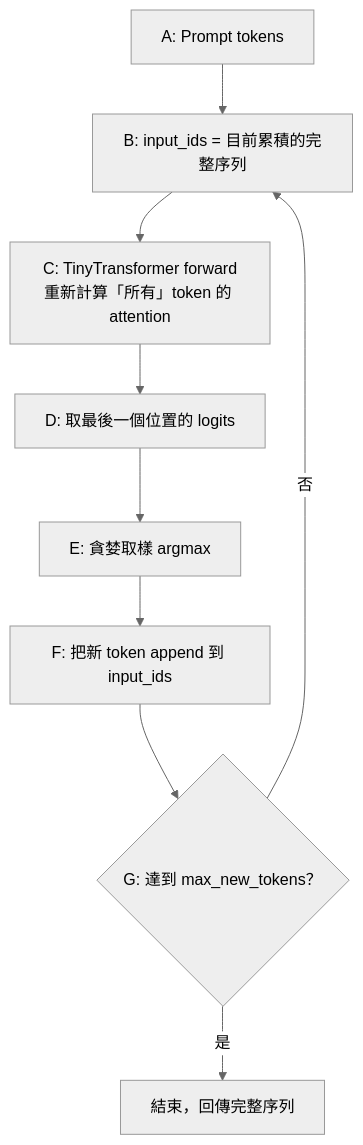
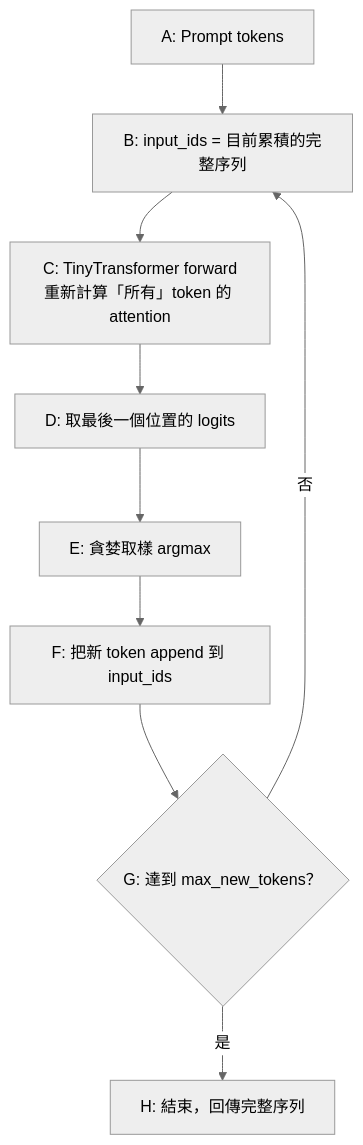
Before and after one commit to mangreen/mini-vllm: the second of 2 diagrams in docs/stage0-baseline.md, drawn with Mermaid (neutral theme). The commit also changed 9 other files, not shown here.

````diff
--- a/docs/stage0-baseline.md
+++ b/docs/stage0-baseline.md
@@ -51,11 +51,11 @@
 ```mermaid
 flowchart TD
     A["A: Prompt tokens"] --> B["B: input_ids = 目前累積的完整序列"]
     B --> C["C: TinyTransformer forward<br/>重新計算「所有」token 的 attention"]
     C --> D["D: 取最後一個位置的 logits"]
     D --> E["E: 貪婪取樣 argmax"]
     E --> F["F: 把新 token append 到 input_ids"]
     F --> G{"G: 達到 max_new_tokens？"}
     G -->|否| B
-    G -->|是| H["結束，回傳完整序列"]
+    G -->|是| H["H: 結束，回傳完整序列"]
 ```
````
